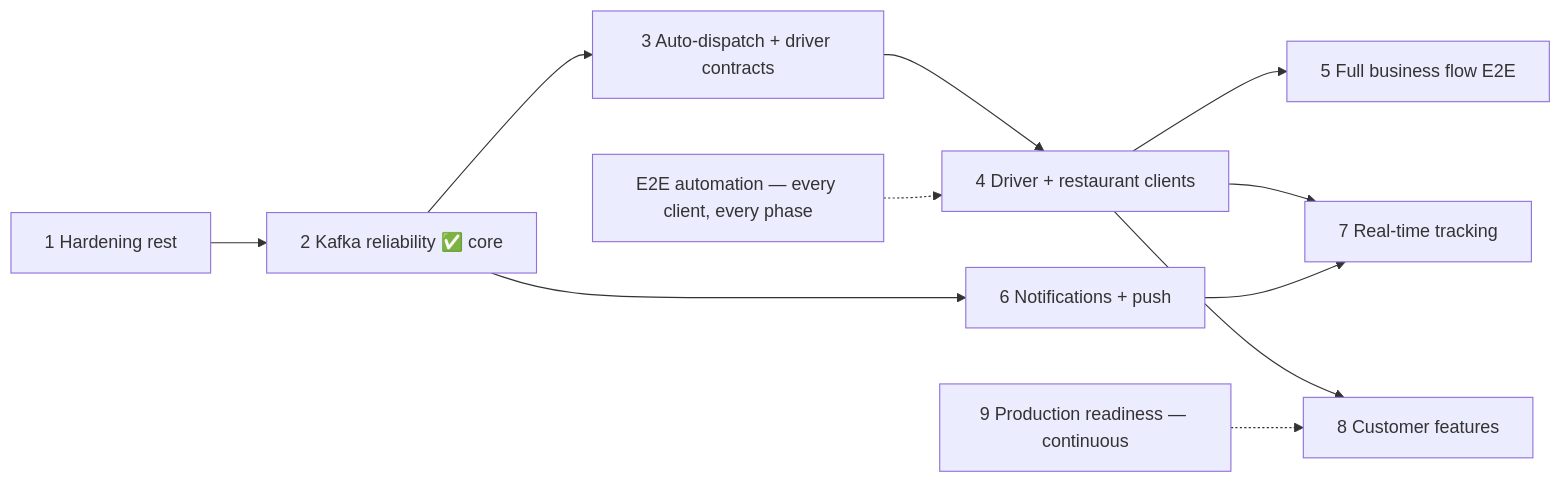
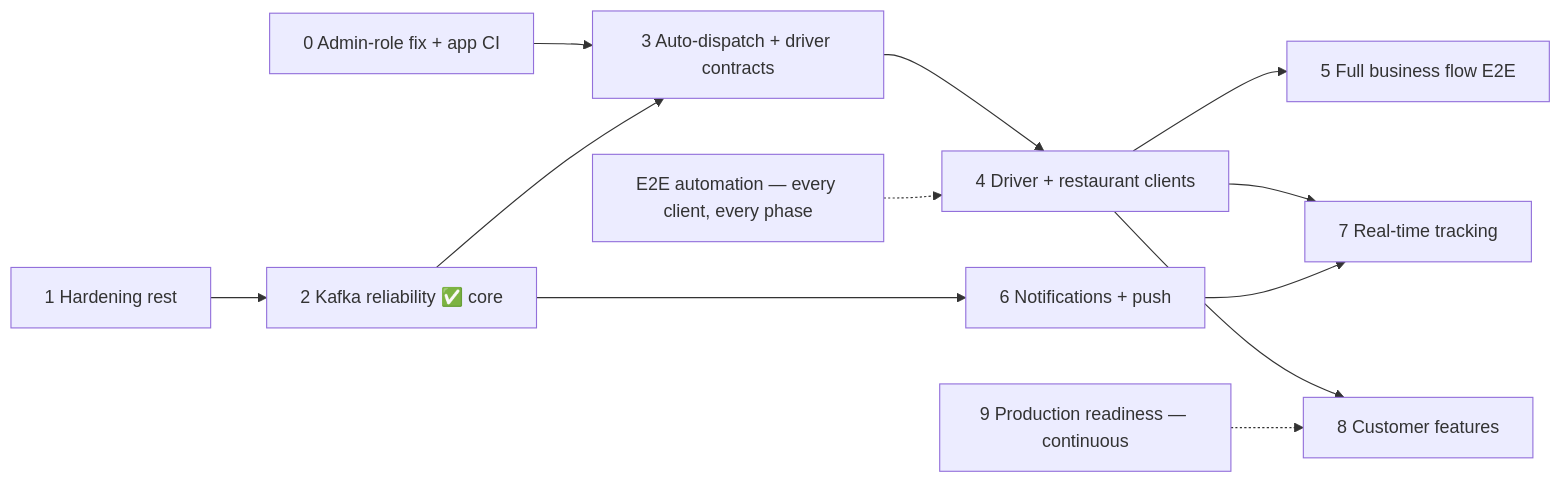
Before and after one commit to Delivery-Plus0/delivery-plus-customer-app: the diagram in planning.md, drawn with Mermaid. The commit also changed other lines of this file, not shown here.

````diff
--- a/planning.md
+++ b/planning.md
@@ -120,13 +149,14 @@
 ```mermaid
 flowchart LR
+    S0[0 Admin-role fix + app CI] --> P3
     P1[1 Hardening rest] --> P2[2 Kafka reliability ✅ core]
     P2 --> P3[3 Auto-dispatch + driver contracts]
     P3 --> P4[4 Driver + restaurant clients]
     P4 --> P5[5 Full business flow E2E]
     P2 --> P6[6 Notifications + push]
     P4 --> P7[7 Real-time tracking]
     P6 --> P7
     P4 --> P8[8 Customer features]
     R[9 Production readiness — continuous] -.-> P8
     E[E2E automation — every client, every phase] -.-> P4
 ```
````
